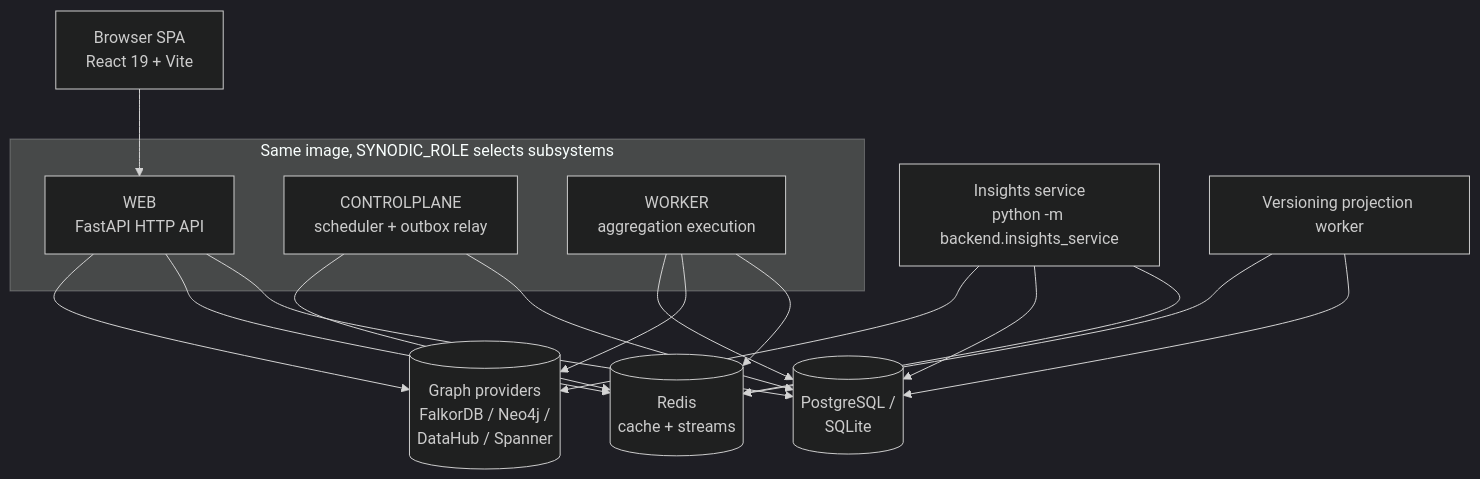
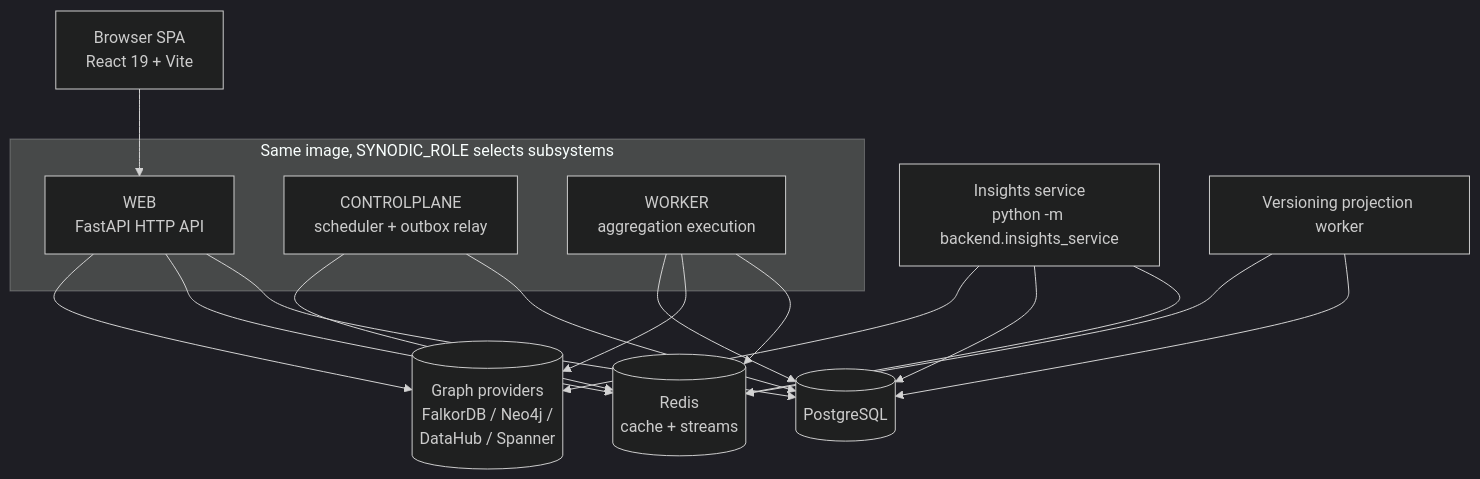
Before and after one commit to rkrumins/dataviz: the diagram in docs/services/OVERVIEW.md, drawn with Mermaid (dark theme). The commit also changed other lines of this file and 9 other files, not shown here.

````diff
--- a/docs/services/OVERVIEW.md
+++ b/docs/services/OVERVIEW.md
@@ -67,32 +69,32 @@
 ```mermaid
 flowchart TD
     UI[Browser SPA<br/>React 19 + Vite]
 
     subgraph Roles[Same image, SYNODIC_ROLE selects subsystems]
         WEB[WEB<br/>FastAPI HTTP API]
         CP[CONTROLPLANE<br/>scheduler + outbox relay]
         WK[WORKER<br/>aggregation execution]
     end
 
     INS[Insights service<br/>python -m backend.insights_service]
     VER[Versioning projection worker]
 
-    PG[(PostgreSQL /<br/>SQLite)]
+    PG[(PostgreSQL)]
     RD[(Redis<br/>cache + streams)]
     GP[(Graph providers<br/>FalkorDB / Neo4j /<br/>DataHub / Spanner)]
 
     UI --> WEB
     WEB --> PG
     WEB --> RD
     WEB --> GP
     CP --> PG
     CP --> RD
     WK --> RD
     WK --> GP
     WK --> PG
     INS --> RD
     INS --> PG
     INS --> GP
     VER --> PG
     VER --> RD
 ```
````
